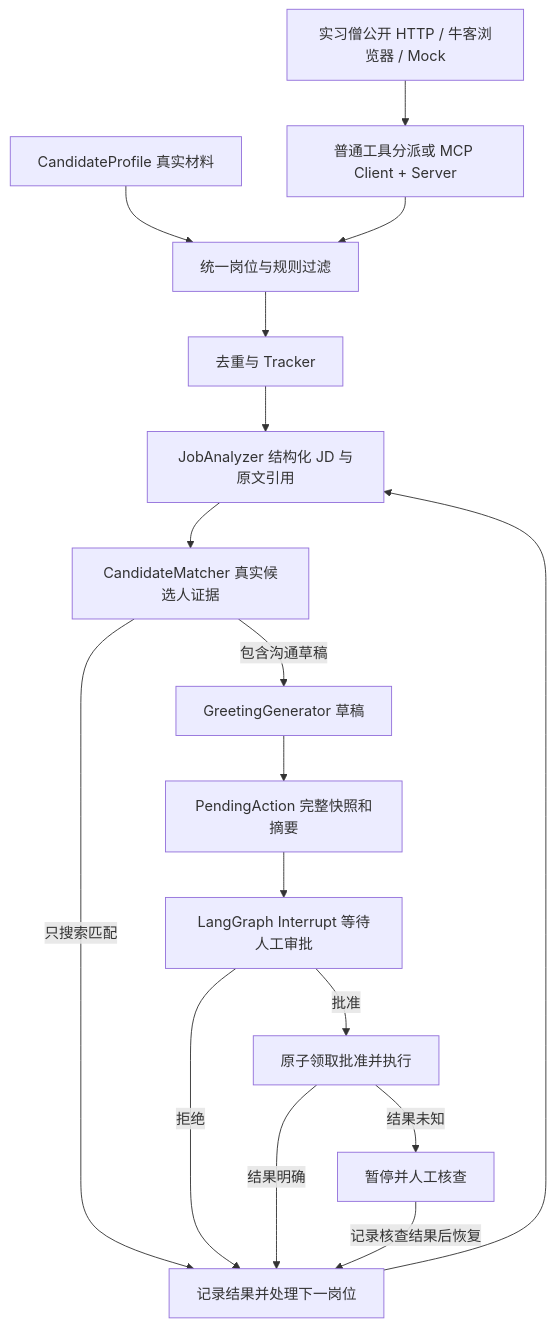
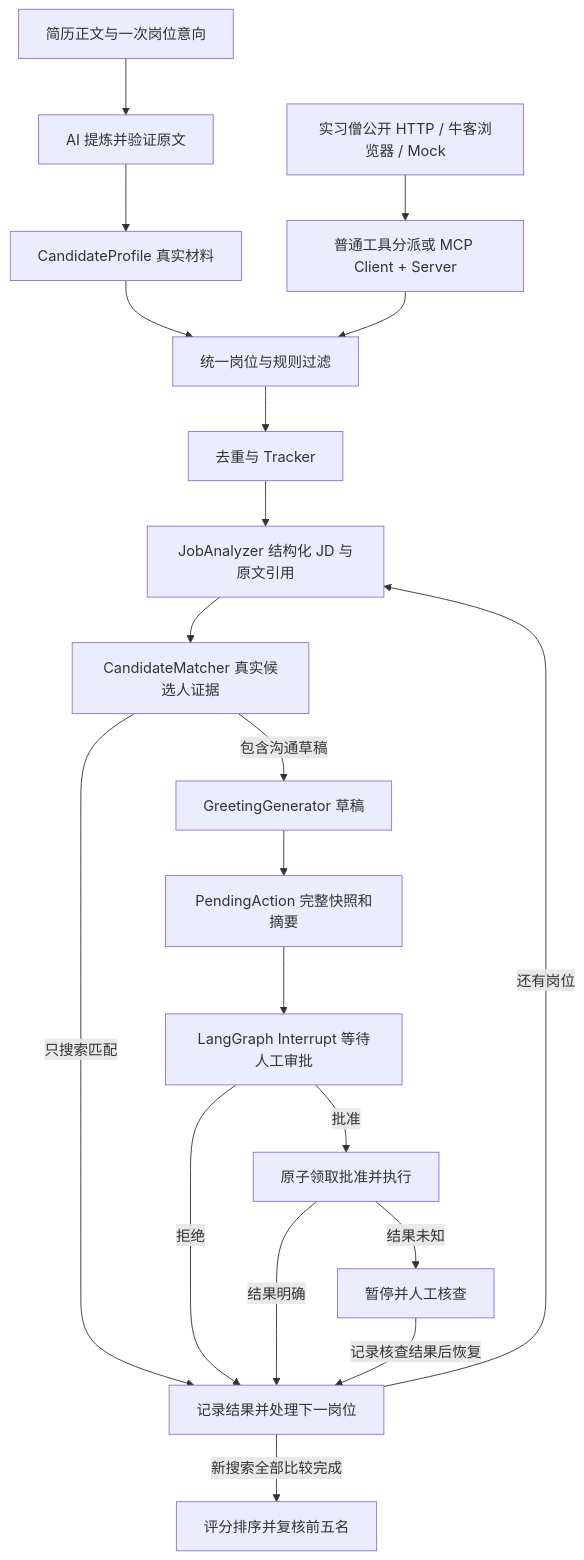
Before and after one commit to yujiehaoshuai/JobPilot: the diagram in docs/architecture.md, drawn with Mermaid. The commit also changed other lines of this file and 12 other files, not shown here.

````diff
--- a/docs/architecture.md
+++ b/docs/architecture.md
@@ -5,19 +5,22 @@
 ```mermaid
 flowchart TD
-    A[CandidateProfile 真实材料] --> D[统一岗位与规则过滤]
+    R[简历正文与一次岗位意向] --> X[AI 提炼并验证原文]
+    X --> A[CandidateProfile 真实材料]
+    A --> D[统一岗位与规则过滤]
     B[实习僧公开 HTTP / 牛客浏览器 / Mock] --> C[普通工具分派或 MCP Client + Server]
     C --> D
     D --> E[去重与 Tracker]
     E --> F[JobAnalyzer 结构化 JD 与原文引用]
     F --> G[CandidateMatcher 真实候选人证据]
     G -->|只搜索匹配| L[记录结果并处理下一岗位]
     G -->|包含沟通草稿| H[GreetingGenerator 草稿]
     H --> I[PendingAction 完整快照和摘要]
     I --> J[LangGraph Interrupt 等待人工审批]
     J -->|拒绝| L[记录结果并处理下一岗位]
     J -->|批准| K[原子领取批准并执行]
     K -->|结果明确| L
     K -->|结果未知| M[暂停并人工核查]
     M -->|记录核查结果后恢复| L
-    L --> F
+    L -->|还有岗位| F
+    L -->|新搜索全部比较完成| N[评分排序并复核前五名]
 ```
````
